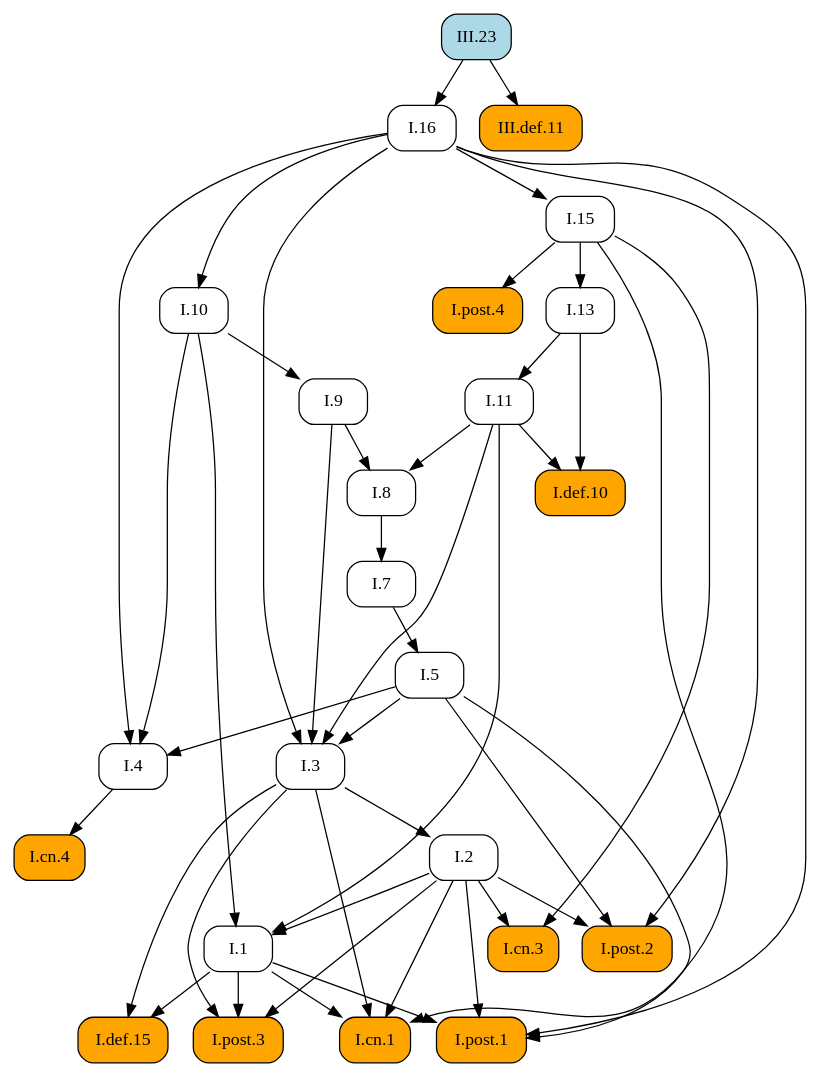
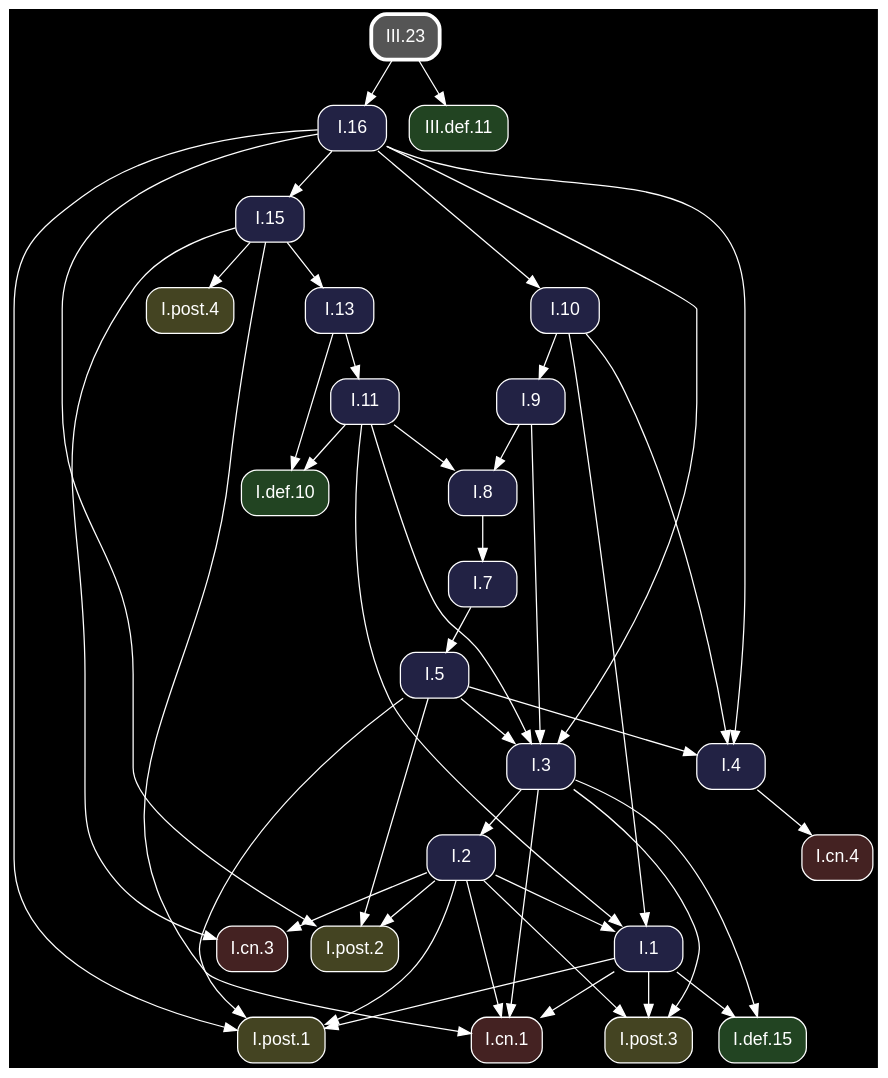
The diagram in docsrc/heath/III/23/index.rst (geometor/elements), drawn with Graphviz before and after one commit. The commit also changed other lines of this file and 1200 other files, not shown here.

Commit message:
update dependency graphs

```diff
--- a/docsrc/heath/III/23/index.rst
+++ b/docsrc/heath/III/23/index.rst
@@ -39,74 +39,76 @@
 .. graphviz::
 
    digraph {
+     bgcolor="black";
+     node [shape=box, style="rounded,filled", fontname="Helvetica", color="white", fontcolor="white"];
+     edge [color="white", fontcolor="white"];
      rankdir="TB";
-     node [shape=box, style=rounded];
-     "I.9" [URL="/heath/I/9/", target="_top"];
-     "I.cn.1" [style="rounded,filled", fillcolor=orange, URL="/heath/I/cn.1/", target="_top"];
-     "I.7" [URL="/heath/I/7/", target="_top"];
-     "I.2" [URL="/heath/I/2/", target="_top"];
-     "I.def.15" [style="rounded,filled", fillcolor=orange, URL="/heath/I/def.15/", target="_top"];
-     "I.13" [URL="/heath/I/13/", target="_top"];
-     "I.post.4" [style="rounded,filled", fillcolor=orange, URL="/heath/I/post.4/", target="_top"];
-     "I.4" [URL="/heath/I/4/", target="_top"];
-     "I.1" [URL="/heath/I/1/", target="_top"];
-     "III.def.11" [style="rounded,filled", fillcolor=orange, URL="/heath/III/def.11/", target="_top"];
-     "I.post.1" [style="rounded,filled", fillcolor=orange, URL="/heath/I/post.1/", target="_top"];
-     "I.post.3" [style="rounded,filled", fillcolor=orange, URL="/heath/I/post.3/", target="_top"];
-     "I.5" [URL="/heath/I/5/", target="_top"];
-     "I.8" [URL="/heath/I/8/", target="_top"];
-     "III.23" [style="rounded,filled", fillcolor=lightblue, URL="/heath/III/23/", target="_top"];
-     "I.cn.3" [style="rounded,filled", fillcolor=orange, URL="/heath/I/cn.3/", target="_top"];
-     "I.16" [URL="/heath/I/16/", target="_top"];
-     "I.def.10" [style="rounded,filled", fillcolor=orange, URL="/heath/I/def.10/", target="_top"];
-     "I.15" [URL="/heath/I/15/", target="_top"];
-     "I.10" [URL="/heath/I/10/", target="_top"];
-     "I.11" [URL="/heath/I/11/", target="_top"];
-     "I.cn.4" [style="rounded,filled", fillcolor=orange, URL="/heath/I/cn.4/", target="_top"];
-     "I.post.2" [style="rounded,filled", fillcolor=orange, URL="/heath/I/post.2/", target="_top"];
-     "I.3" [URL="/heath/I/3/", target="_top"];
-     "I.10" -> "I.9";
+     "I.3" [fillcolor="#222244", URL="/heath/I/3/", target="_top"];
+     "I.post.1" [fillcolor="#444422", URL="/heath/I/post.1/", target="_top"];
+     "I.cn.1" [fillcolor="#442222", URL="/heath/I/cn.1/", target="_top"];
+     "I.def.10" [fillcolor="#224422", URL="/heath/I/def.10/", target="_top"];
+     "I.15" [fillcolor="#222244", URL="/heath/I/15/", target="_top"];
+     "I.11" [fillcolor="#222244", URL="/heath/I/11/", target="_top"];
+     "I.16" [fillcolor="#222244", URL="/heath/I/16/", target="_top"];
+     "I.cn.3" [fillcolor="#442222", URL="/heath/I/cn.3/", target="_top"];
+     "I.13" [fillcolor="#222244", URL="/heath/I/13/", target="_top"];
+     "I.2" [fillcolor="#222244", URL="/heath/I/2/", target="_top"];
+     "I.post.2" [fillcolor="#444422", URL="/heath/I/post.2/", target="_top"];
+     "III.23" [penwidth=3, color="white", fillcolor="#555555", URL="/heath/III/23/", target="_top"];
+     "I.cn.4" [fillcolor="#442222", URL="/heath/I/cn.4/", target="_top"];
+     "I.9" [fillcolor="#222244", URL="/heath/I/9/", target="_top"];
+     "I.1" [fillcolor="#222244", URL="/heath/I/1/", target="_top"];
+     "I.post.4" [fillcolor="#444422", URL="/heath/I/post.4/", target="_top"];
+     "I.8" [fillcolor="#222244", URL="/heath/I/8/", target="_top"];
+     "I.4" [fillcolor="#222244", URL="/heath/I/4/", target="_top"];
+     "I.post.3" [fillcolor="#444422", URL="/heath/I/post.3/", target="_top"];
+     "I.7" [fillcolor="#222244", URL="/heath/I/7/", target="_top"];
+     "I.def.15" [fillcolor="#224422", URL="/heath/I/def.15/", target="_top"];
+     "I.5" [fillcolor="#222244", URL="/heath/I/5/", target="_top"];
+     "III.def.11" [fillcolor="#224422", URL="/heath/III/def.11/", target="_top"];
+     "I.10" [fillcolor="#222244", URL="/heath/I/10/", target="_top"];
+     "I.5" -> "I.3";
+     "I.9" -> "I.3";
+     "I.11" -> "I.3";
+     "I.16" -> "I.3";
+     "I.1" -> "I.post.1";
+     "I.2" -> "I.post.1";
+     "I.5" -> "I.post.1";
+     "I.16" -> "I.post.1";
      "I.1" -> "I.cn.1";
      "I.2" -> "I.cn.1";
      "I.3" -> "I.cn.1";
      "I.15" -> "I.cn.1";
-     "I.8" -> "I.7";
+     "I.11" -> "I.def.10";
+     "I.13" -> "I.def.10";
+     "I.16" -> "I.15";
+     "I.13" -> "I.11";
+     "III.23" -> "I.16";
+     "I.2" -> "I.cn.3";
+     "I.15" -> "I.cn.3";
+     "I.15" -> "I.13";
      "I.3" -> "I.2";
-     "I.1" -> "I.def.15";
-     "I.3" -> "I.def.15";
-     "I.15" -> "I.13";
+     "I.2" -> "I.post.2";
+     "I.5" -> "I.post.2";
+     "I.16" -> "I.post.2";
+     "I.4" -> "I.cn.4";
+     "I.10" -> "I.9";
+     "I.2" -> "I.1";
+     "I.10" -> "I.1";
+     "I.11" -> "I.1";
      "I.15" -> "I.post.4";
+     "I.9" -> "I.8";
+     "I.11" -> "I.8";
      "I.5" -> "I.4";
      "I.10" -> "I.4";
      "I.16" -> "I.4";
-     "I.2" -> "I.1";
-     "I.10" -> "I.1";
-     "I.11" -> "I.1";
-     "III.23" -> "III.def.11";
-     "I.1" -> "I.post.1";
-     "I.2" -> "I.post.1";
-     "I.5" -> "I.post.1";
-     "I.16" -> "I.post.1";
      "I.1" -> "I.post.3";
      "I.2" -> "I.post.3";
      "I.3" -> "I.post.3";
+     "I.8" -> "I.7";
+     "I.1" -> "I.def.15";
+     "I.3" -> "I.def.15";
      "I.7" -> "I.5";
-     "I.9" -> "I.8";
-     "I.11" -> "I.8";
-     "I.2" -> "I.cn.3";
-     "I.15" -> "I.cn.3";
-     "III.23" -> "I.16";
-     "I.11" -> "I.def.10";
-     "I.13" -> "I.def.10";
-     "I.16" -> "I.15";
+     "III.23" -> "III.def.11";
      "I.16" -> "I.10";
-     "I.13" -> "I.11";
-     "I.4" -> "I.cn.4";
-     "I.2" -> "I.post.2";
-     "I.5" -> "I.post.2";
-     "I.16" -> "I.post.2";
-     "I.5" -> "I.3";
-     "I.9" -> "I.3";
-     "I.11" -> "I.3";
-     "I.16" -> "I.3";
    }
```
